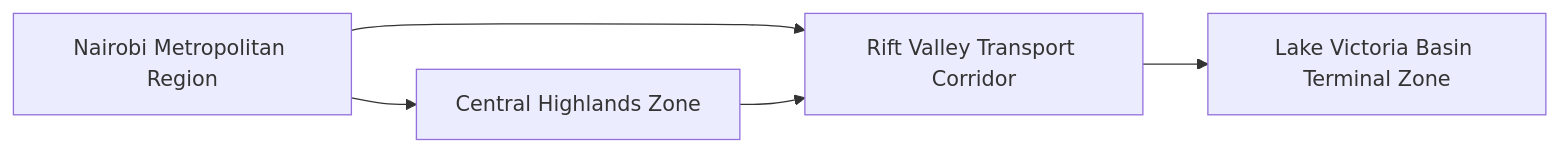
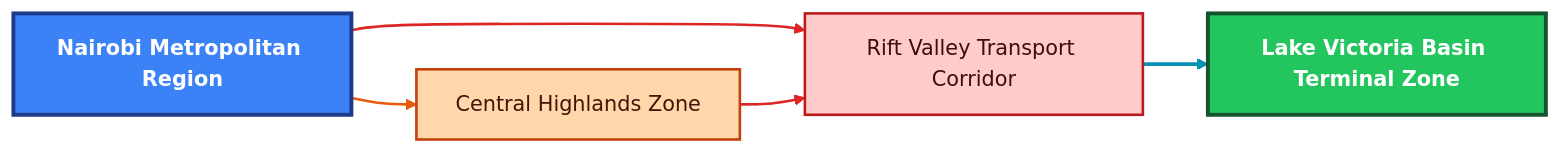
Before and after one commit to Kerry-lab/PS-Agents: the second of 4 diagrams in design.md, drawn with Mermaid. The commit also changed other lines of this file, not shown here.

````diff
--- a/design.md
+++ b/design.md
@@ -119,7 +137,24 @@
 ```mermaid
 flowchart LR
     REG_NRB["Nairobi Metropolitan Region"] --> REG_CH["Central Highlands Zone"]
     REG_NRB --> REG_RV["Rift Valley Transport Corridor"]
     REG_CH --> REG_RV
     REG_RV --> REG_LVB["Lake Victoria Basin Terminal Zone"]
+
+    %% Node styles
+    classDef nairobi fill:#3b82f6,stroke:#1e3a8a,stroke-width:3px,color:#ffffff,font-weight:bold;
+    classDef highlands fill:#fed7aa,stroke:#c2410c,stroke-width:2px,color:#431407;
+    classDef rift fill:#fecaca,stroke:#b91c1c,stroke-width:2px,color:#450a0a;
+    classDef lake fill:#22c55e,stroke:#14532d,stroke-width:3px,color:#ffffff,font-weight:bold;
+
+    class REG_NRB nairobi;
+    class REG_CH highlands;
+    class REG_RV rift;
+    class REG_LVB lake;
+
+    %% Edge styles (by order of definition)
+    linkStyle 0 stroke:#ea580c,stroke-width:2px;
+    linkStyle 1 stroke:#dc2626,stroke-width:2px;
+    linkStyle 2 stroke:#dc2626,stroke-width:2px;
+    linkStyle 3 stroke:#0891b2,stroke-width:3px;
 ```
````
